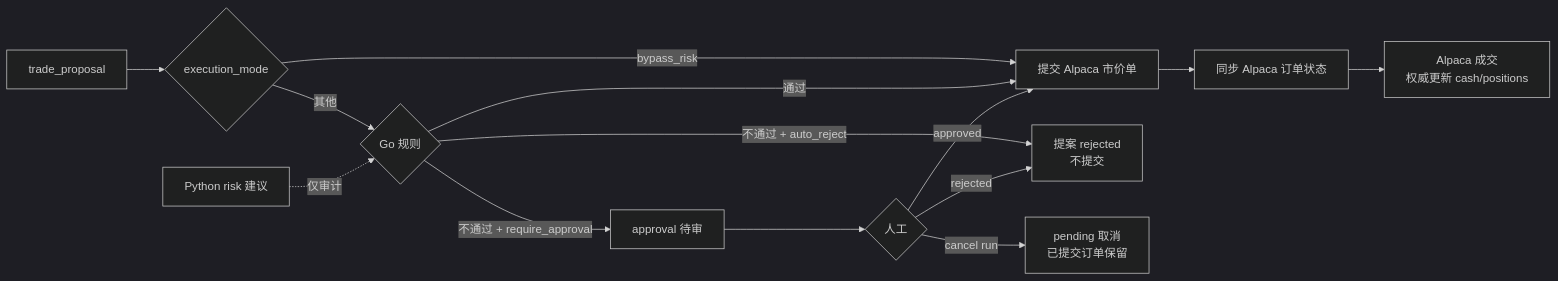
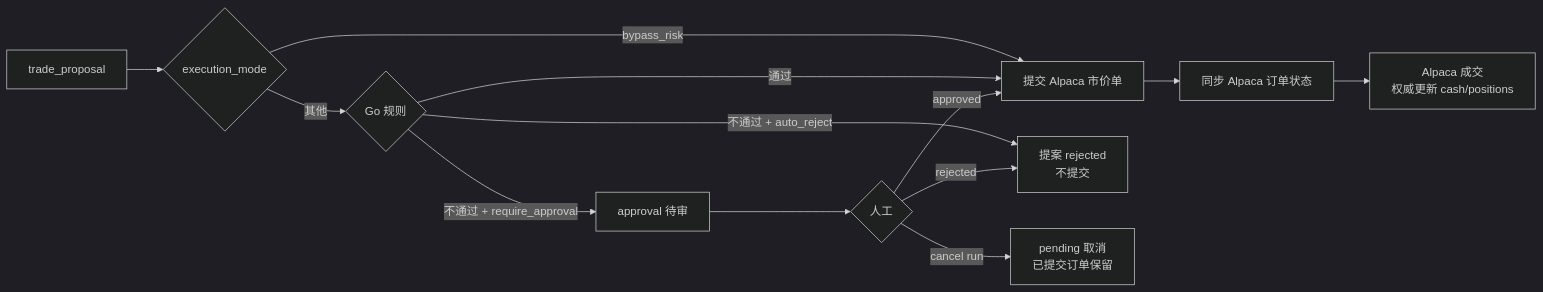
The third of 4 diagrams in docs/eod-workflow-flowchart.md (cyhzuishuai/stock-agents-cursor), drawn with Mermaid (dark theme) before and after one commit. The commit also changed other lines of this file and 9 other files, not shown here.

````diff
--- a/docs/eod-workflow-flowchart.md
+++ b/docs/eod-workflow-flowchart.md
@@ -132,19 +124,17 @@
 ```mermaid
 flowchart LR
   P[trade_proposal] --> M{execution_mode}
   M -->|bypass_risk| S[提交 Alpaca 市价单]
   M -->|其他| G{Go 规则}
   G -->|通过| S
   G -->|不通过 + require_approval| A[approval 待审]
   G -->|不通过 + auto_reject| R[提案 rejected<br/>不提交]
 
   S --> Sync[同步 Alpaca 订单状态]
   Sync --> F[Alpaca 成交<br/>权威更新 cash/positions]
 
   A --> H{人工}
   H -->|approved| S
   H -->|rejected| R
   H -->|cancel run| C[pending 取消<br/>已提交订单保留]
-
-  Adv[Python risk 建议] -.->|仅审计| G
 ```
````
